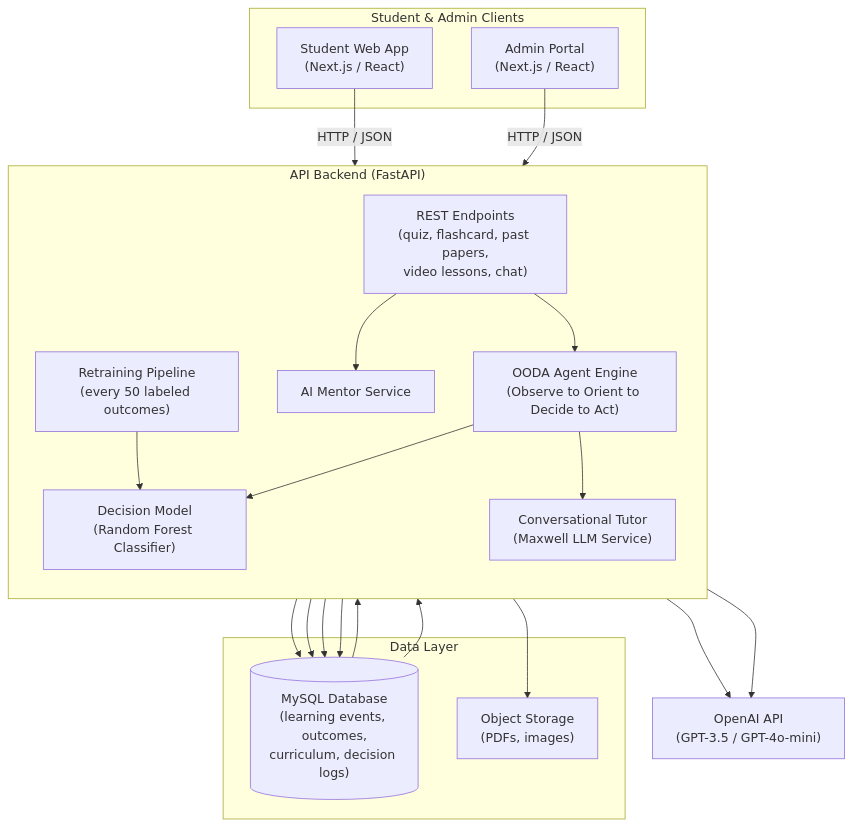
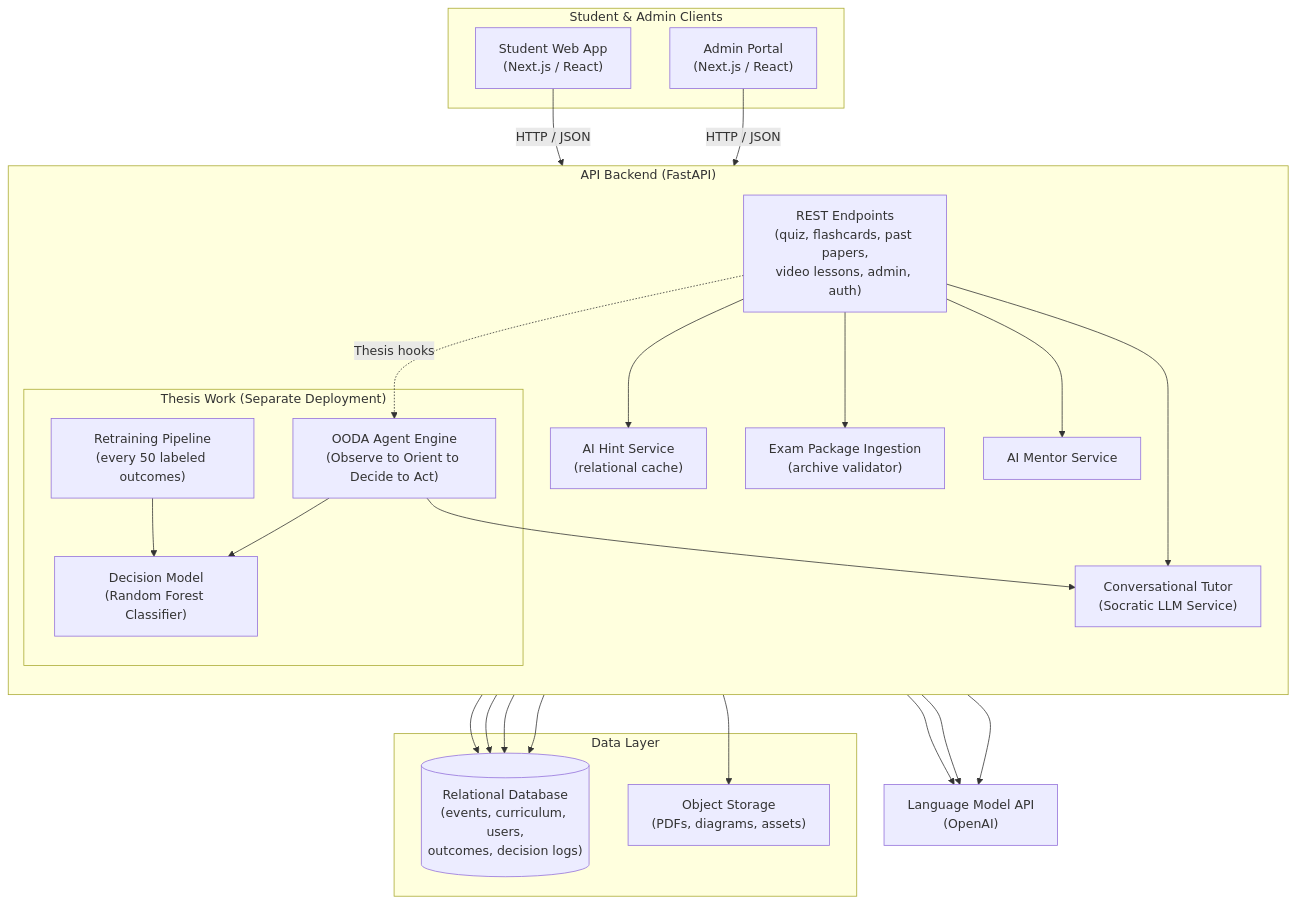
The first of 2 diagrams in README.md (hameezG/AITS-case-study), drawn with Mermaid before and after one commit. The commit also changed other lines of this file, not shown here.

````diff
--- a/README.md
+++ b/README.md
@@ -40,45 +38,52 @@
 ```mermaid
 flowchart TD
     subgraph Client["Student & Admin Clients"]
         FE["Student Web App<br/>(Next.js / React)"]
         AP["Admin Portal<br/>(Next.js / React)"]
     end
 
     subgraph Backend["API Backend (FastAPI)"]
         direction TB
-        ROUTES["REST Endpoints<br/>(quiz, flashcard, past papers,<br/>video lessons, chat)"]
-        OODA["OODA Agent Engine<br/>(Observe to Orient to Decide to Act)"]
-        CHATBOT["Conversational Tutor<br/>(Maxwell LLM Service)"]
+        ROUTES["REST Endpoints<br/>(quiz, flashcards, past papers,<br/>video lessons, admin, auth)"]
+
+        subgraph ThesisCore["Thesis Work (Separate Deployment)"]
+            OODA["OODA Agent Engine<br/>(Observe to Orient to Decide to Act)"]
+            ML["Decision Model<br/>(Random Forest Classifier)"]
+            RETRAIN["Retraining Pipeline<br/>(every 50 labeled outcomes)"]
+        end
+
+        CHATBOT["Conversational Tutor<br/>(Socratic LLM Service)"]
         MENTOR["AI Mentor Service"]
-        ML["Decision Model<br/>(Random Forest Classifier)"]
-        RETRAIN["Retraining Pipeline<br/>(every 50 labeled outcomes)"]
+        HINTS["AI Hint Service<br/>(relational cache)"]
+        INGEST["Exam Package Ingestion<br/>(archive validator)"]
     end
 
     subgraph Data["Data Layer"]
-        DB[("MySQL Database<br/>(learning events, outcomes,<br/>curriculum, decision logs)")]
-        STORE["Object Storage<br/>(PDFs, images)"]
+        DB[("Relational Database<br/>(events, curriculum, users,<br/>outcomes, decision logs)")]
+        STORE["Object Storage<br/>(PDFs, diagrams, assets)"]
     end
 
-    LLM["OpenAI API<br/>(GPT-3.5 / GPT-4o-mini)"]
+    LLM["Language Model API<br/>(OpenAI)"]
 
     FE -->|"HTTP / JSON"| ROUTES
     AP -->|"HTTP / JSON"| ROUTES
 
-    ROUTES --> OODA
+    ROUTES --> DB
+    ROUTES --> STORE
+    ROUTES --> HINTS
+    ROUTES --> INGEST
+    ROUTES --> CHATBOT
+    ROUTES --> MENTOR
+
+    ROUTES -.->|"Thesis hooks"| OODA
     OODA --> ML
     OODA --> CHATBOT
-    CHATBOT --> LLM
-    MENTOR --> LLM
-
-    ROUTES --> MENTOR
-    ROUTES --> DB
-    ROUTES --> STORE
-
     OODA --> DB
     ML --> DB
     RETRAIN --> DB
     RETRAIN --> ML
 
-    DB --> OODA
-    DB --> ML
+    CHATBOT --> LLM
+    MENTOR --> LLM
+    HINTS --> LLM
 ```
````
